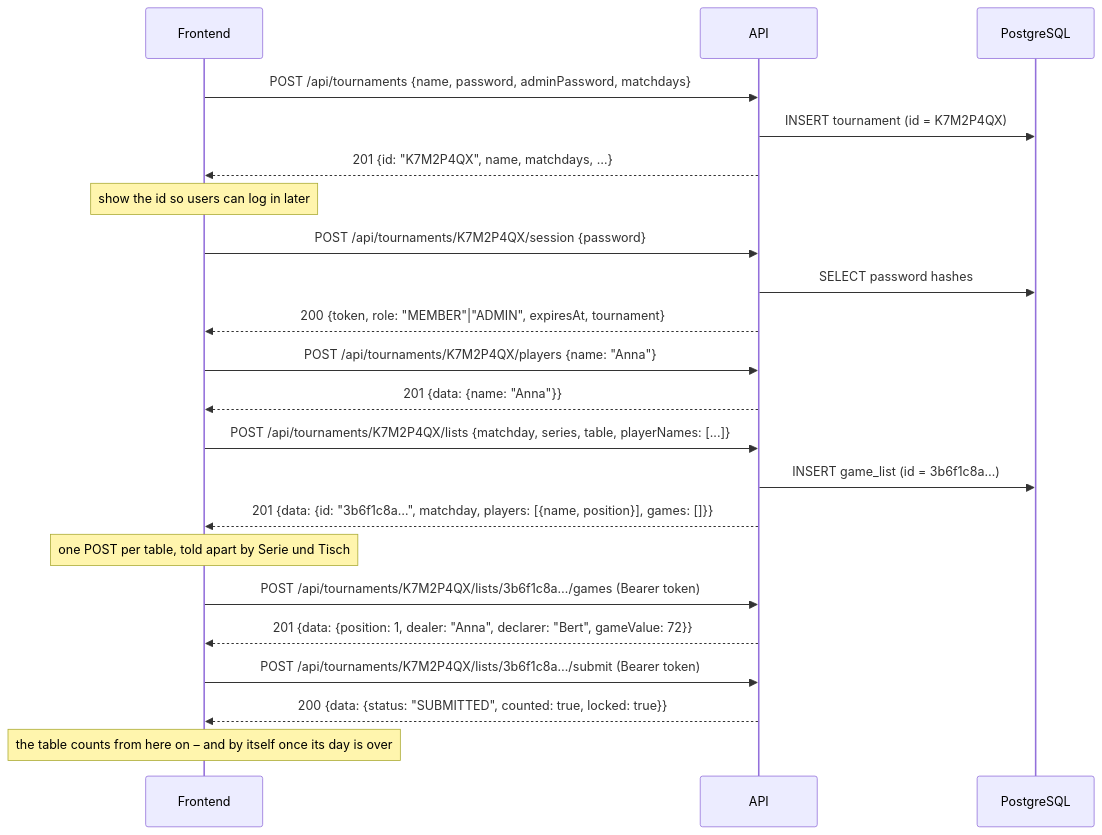
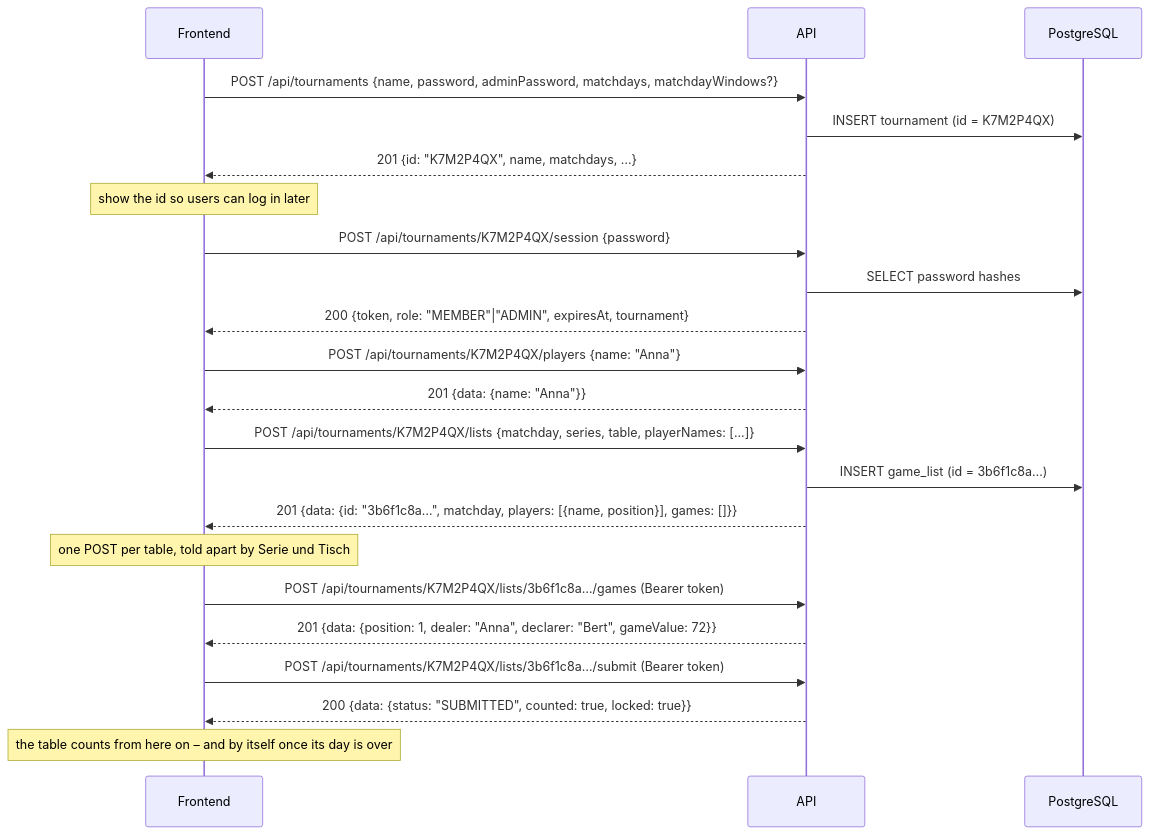
The diagram in backend/README.md (TropicLegend/skatis), drawn with Mermaid before and after one commit. The commit also changed other lines of this file and 6 other files, not shown here.

````diff
--- a/backend/README.md
+++ b/backend/README.md
@@ -105,25 +105,25 @@
 ```mermaid
 sequenceDiagram
     participant F as Frontend
     participant A as API
     participant D as PostgreSQL
 
-    F->>A: POST /api/tournaments {name, password, adminPassword, matchdays}
+    F->>A: POST /api/tournaments {name, password, adminPassword, matchdays, matchdayWindows?}
     A->>D: INSERT tournament (id = K7M2P4QX)
     A-->>F: 201 {id: "K7M2P4QX", name, matchdays, …}
     Note over F: show the id so users can log in later
     F->>A: POST /api/tournaments/K7M2P4QX/session {password}
     A->>D: SELECT password hashes
     A-->>F: 200 {token, role: "MEMBER"|"ADMIN", expiresAt, tournament}
     F->>A: POST /api/tournaments/K7M2P4QX/players {name: "Anna"}
     A-->>F: 201 {data: {name: "Anna"}}
     F->>A: POST /api/tournaments/K7M2P4QX/lists {matchday, series, table, playerNames: [...]}
     A->>D: INSERT game_list (id = 3b6f1c8a…)
     A-->>F: 201 {data: {id: "3b6f1c8a…", matchday, players: [{name, position}], games: []}}
     Note over F: one POST per table, told apart by Serie und Tisch
     F->>A: POST /api/tournaments/K7M2P4QX/lists/3b6f1c8a…/games (Bearer token)
     A-->>F: 201 {data: {position: 1, dealer: "Anna", declarer: "Bert", gameValue: 72}}
     F->>A: POST /api/tournaments/K7M2P4QX/lists/3b6f1c8a…/submit (Bearer token)
     A-->>F: 200 {data: {status: "SUBMITTED", counted: true, locked: true}}
     Note over F: the table counts from here on – and by itself once its day is over
 ```
````
